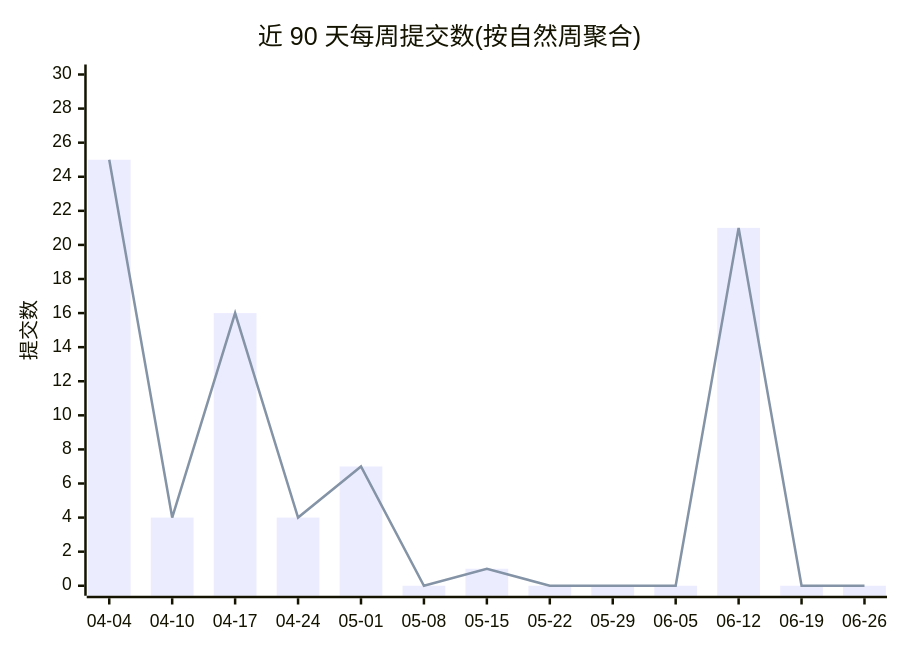
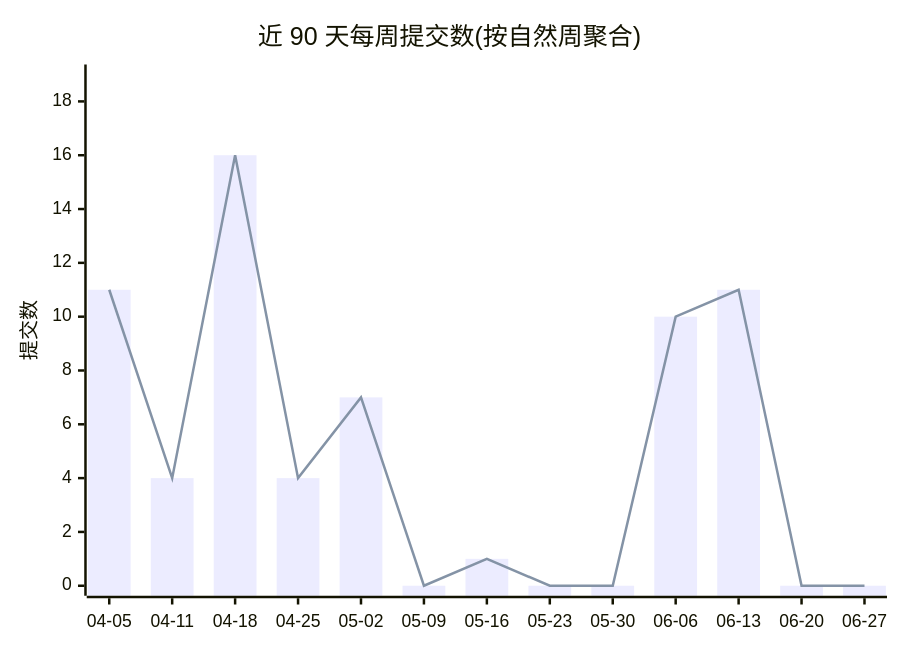
Before and after one commit to Conflux-Union/.github: the first of 2 diagrams in profile/README.md, drawn with Mermaid. The commit also changed other lines of this file and 1 other file, not shown here.

Commit message:
chore(stats): refresh org commit stats

````diff
--- a/profile/README.md
+++ b/profile/README.md
@@ -44,8 +44,8 @@
 ```mermaid
 xychart-beta
     title "近 90 天每周提交数(按自然周聚合)"
-    x-axis ["04-04", "04-10", "04-17", "04-24", "05-01", "05-08", "05-15", "05-22", "05-29", "06-05", "06-12", "06-19", "06-26"]
-    y-axis "提交数" 0 --> 30
-    bar [25, 4, 16, 4, 7, 0, 1, 0, 0, 0, 21, 0, 0]
-    line [25, 4, 16, 4, 7, 0, 1, 0, 0, 0, 21, 0, 0]
+    x-axis ["04-05", "04-11", "04-18", "04-25", "05-02", "05-09", "05-16", "05-23", "05-30", "06-06", "06-13", "06-20", "06-27"]
+    y-axis "提交数" 0 --> 19
+    bar [11, 4, 16, 4, 7, 0, 1, 0, 0, 10, 11, 0, 0]
+    line [11, 4, 16, 4, 7, 0, 1, 0, 0, 10, 11, 0, 0]
 ```
````
